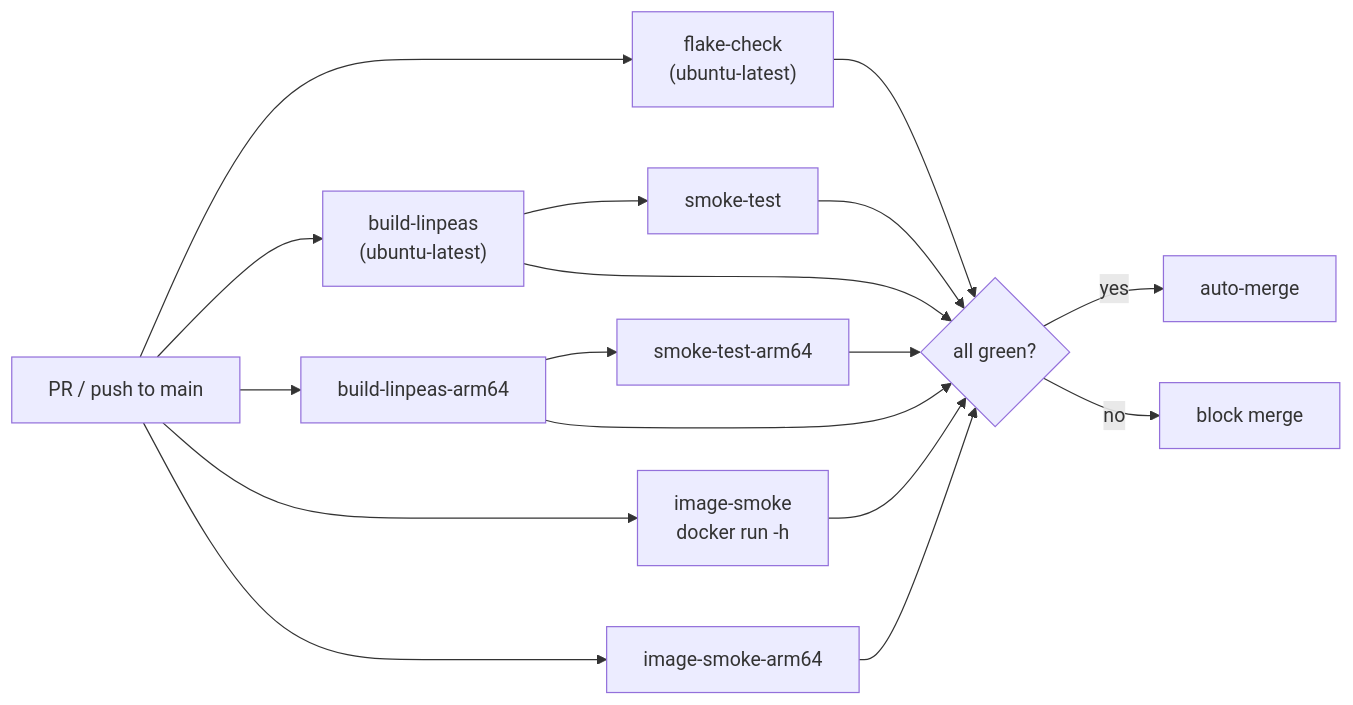
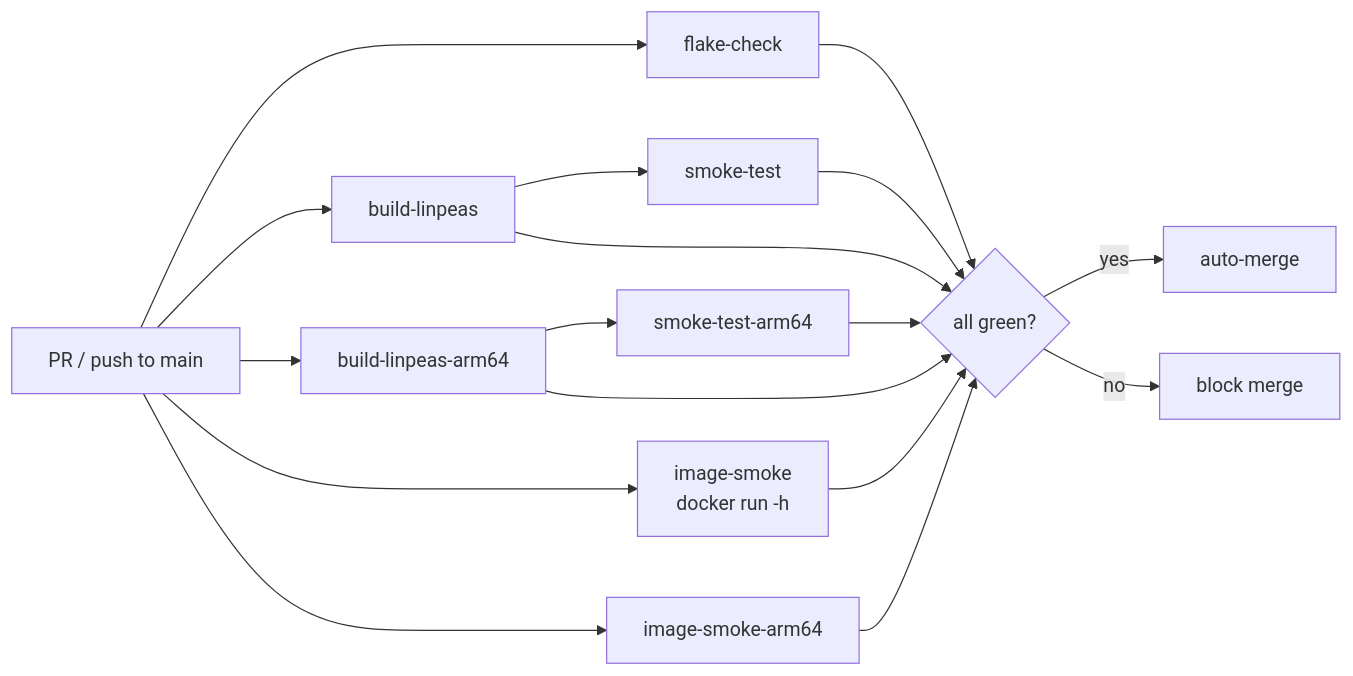
The first of 2 diagrams in docs/architecture/ci.md (rvenutolo/linPEAS-flake), drawn with Mermaid before and after one commit. The commit also changed 10 other files, not shown here.

````diff
--- a/docs/architecture/ci.md
+++ b/docs/architecture/ci.md
@@ -11,29 +11,29 @@
 ```mermaid
 flowchart LR
   pr["PR / push to main"]
-  flakecheck["flake-check<br/>(ubuntu-latest)"]
-  build["build-linpeas<br/>(ubuntu-latest)"]
+  flakecheck["flake-check"]
+  build["build-linpeas"]
   smoke["smoke-test"]
   buildarm["build-linpeas-arm64"]
   smokearm["smoke-test-arm64"]
   image["image-smoke<br/>docker run -h"]
   imagearm["image-smoke-arm64"]
   merge{"all green?"}
   ok["auto-merge"]
   block["block merge"]
 
   pr --> flakecheck
   pr --> build --> smoke
   pr --> buildarm --> smokearm
   pr --> image
   pr --> imagearm
   flakecheck --> merge
   build --> merge
   buildarm --> merge
   smoke --> merge
   smokearm --> merge
   image --> merge
   imagearm --> merge
   merge -- yes --> ok
   merge -- no --> block
 ```
````
